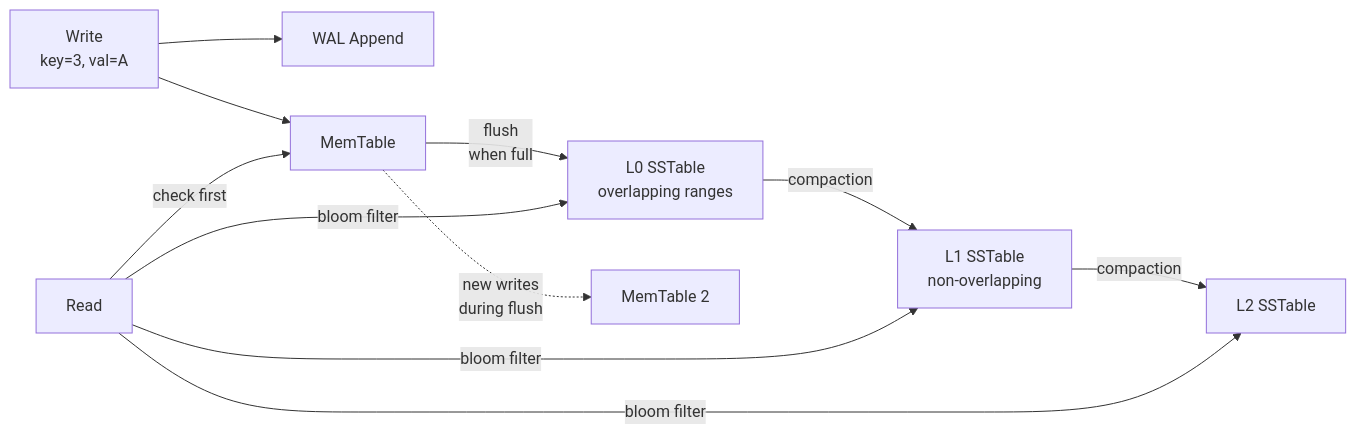
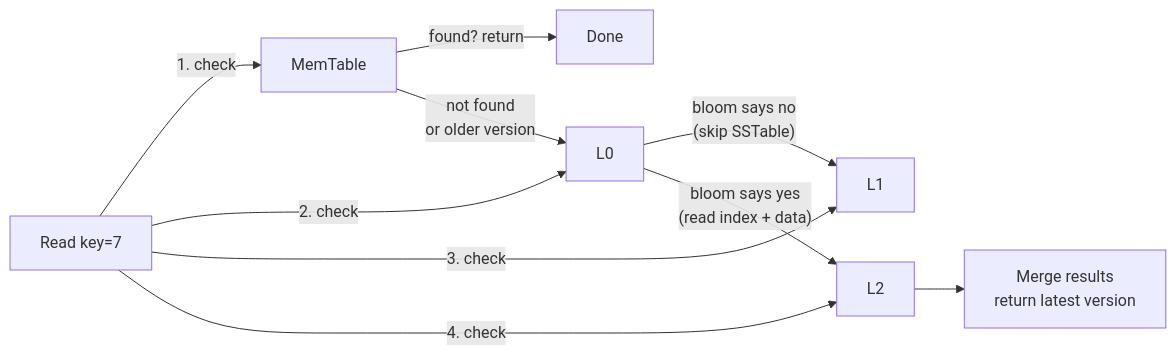
One commit to Chandra179/gitbook changed the fourth of 4 diagrams in database/storage-engines.md. Above: the diagram before and after it, drawn with Mermaid. The commit also changed other lines of this file and 7 other files, not shown here.

````diff
--- a/database/storage-engines.md
+++ b/database/storage-engines.md
@@ -131,16 +199,15 @@
 ```mermaid
 flowchart LR
-    Write[Write<br/>key=3, val=A] --> WAL[WAL Append]
-    Write --> MemTable
+    Read[Read key=7] -->|"1. check"| MemTable
+    Read -->|"2. check"| L0
+    Read -->|"3. check"| L1
+    Read -->|"4. check"| L2
     
-    MemTable -->|flush<br/>when full| L0[L0 SSTable<br/>overlapping ranges]
-    L0 -->|compaction| L1[L1 SSTable<br/>non-overlapping]
-    L1 -->|compaction| L2[L2 SSTable]
+    MemTable -->|found? return| Done
+    MemTable -->|not found<br/>or older version| L0
     
-    Read -->|check first| MemTable
-    Read -->|bloom filter| L0
-    Read -->|bloom filter| L1
-    Read -->|bloom filter| L2
+    L0 -->|"bloom says no<br/>(skip SSTable)"| L1
+    L0 -->|"bloom says yes<br/>(read index + data)"| L2
     
-    MemTable -.->|"new writes<br/>during flush"| MemTable2[MemTable 2]
+    L2 --> Return["Merge results<br/>return latest version"]
 ```
````
